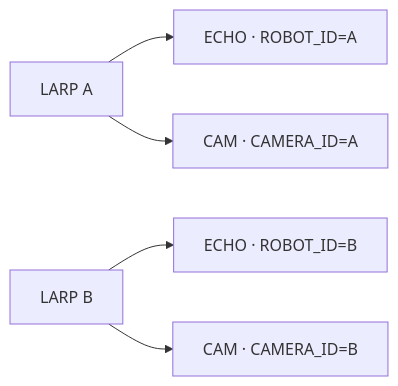
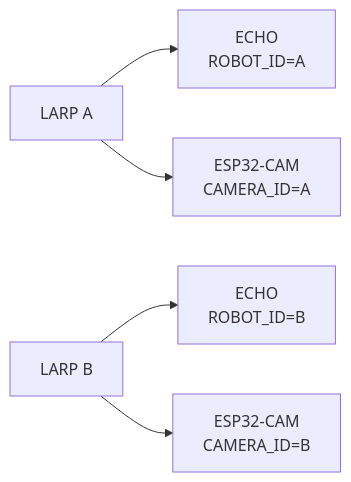
The sixth of 12 diagrams in README.md (william-thompsonthe1st/STEM-Research-Academy), drawn with Mermaid before and after one commit. The commit also changed other lines of this file, not shown here.

````diff
--- a/README.md
+++ b/README.md
@@ -129,7 +254,7 @@
 ```mermaid
 flowchart LR
-    A["LARP A"] --> EA["ECHO · ROBOT_ID=A"]
-    A --> CA["CAM · CAMERA_ID=A"]
-    B["LARP B"] --> EB["ECHO · ROBOT_ID=B"]
-    B --> CB["CAM · CAMERA_ID=B"]
+    LA["LARP A"] --> EA["ECHO<br/>ROBOT_ID=A"]
+    LA --> CA["ESP32-CAM<br/>CAMERA_ID=A"]
+    LB["LARP B"] --> EB["ECHO<br/>ROBOT_ID=B"]
+    LB --> CB["ESP32-CAM<br/>CAMERA_ID=B"]
 ```
````
